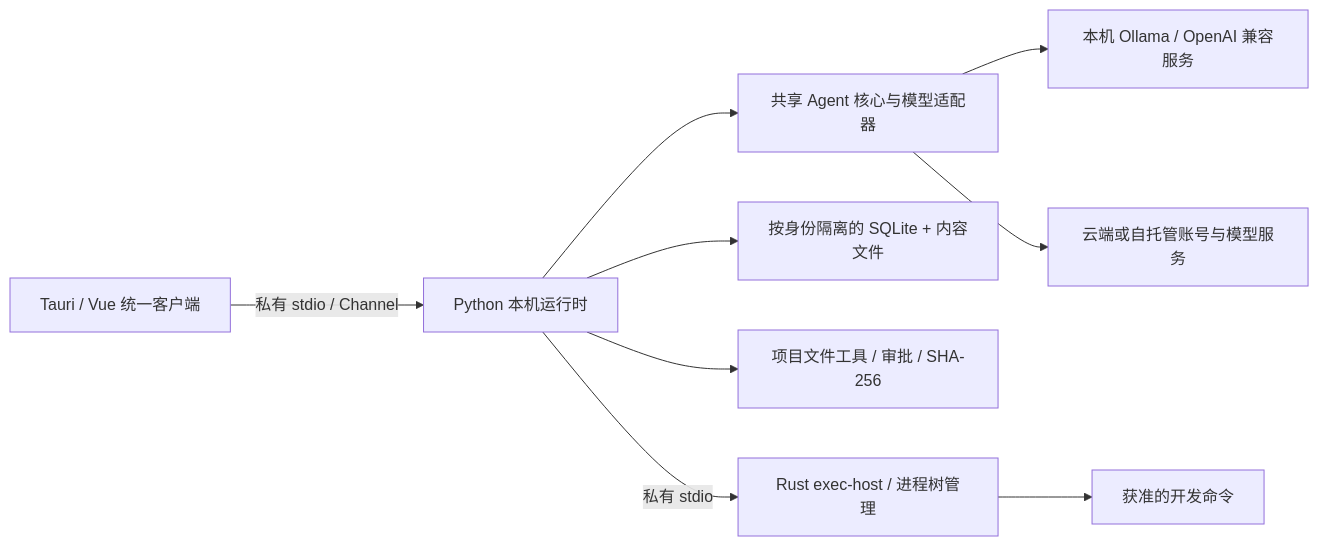
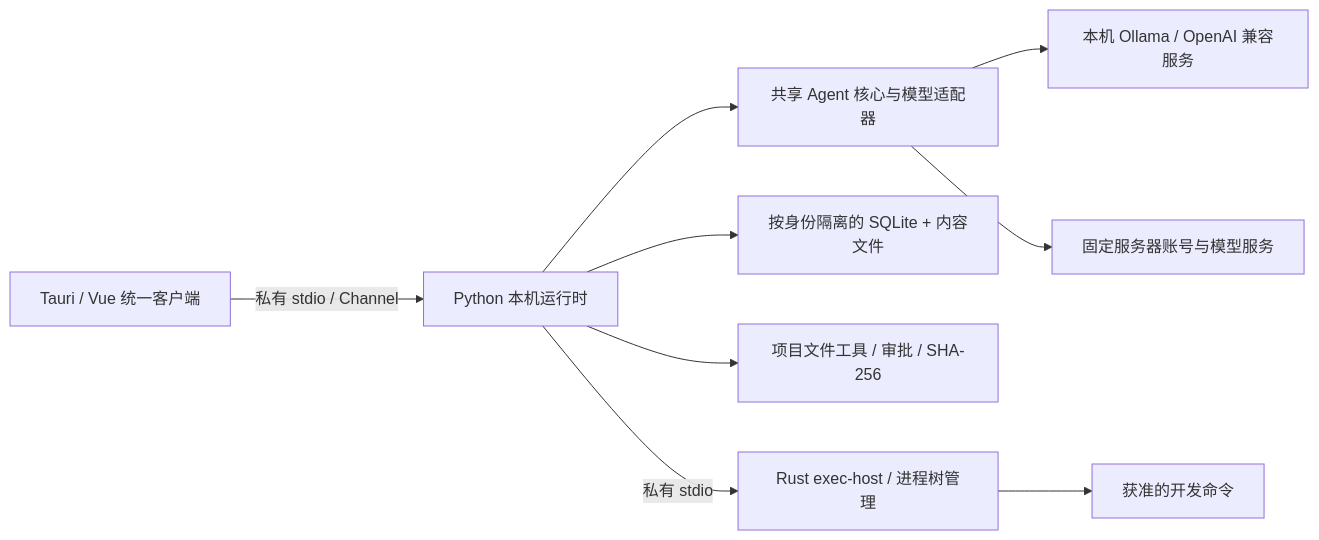
One commit to lkuliuying/PrivateAgent changed the diagram in docs/unified-desktop-runtime.md. Above: the diagram before and after it, drawn with Mermaid. The commit also changed other lines of this file and 7 other files, not shown here.

````diff
--- a/docs/unified-desktop-runtime.md
+++ b/docs/unified-desktop-runtime.md
@@ -11,11 +13,11 @@
 ```mermaid
 flowchart LR
   UI[Tauri / Vue 统一客户端] -->|私有 stdio / Channel| Runtime[Python 本机运行时]
   Runtime --> Core[共享 Agent 核心与模型适配器]
   Runtime --> DB[按身份隔离的 SQLite + 内容文件]
   Runtime --> Files[项目文件工具 / 审批 / SHA-256]
   Runtime -->|私有 stdio| Host[Rust exec-host / 进程树管理]
   Host --> Commands[获准的开发命令]
   Core --> Local[本机 Ollama / OpenAI 兼容服务]
-  Core --> Service[云端或自托管账号与模型服务]
+  Core --> Service[固定服务器账号与模型服务]
 ```
````
